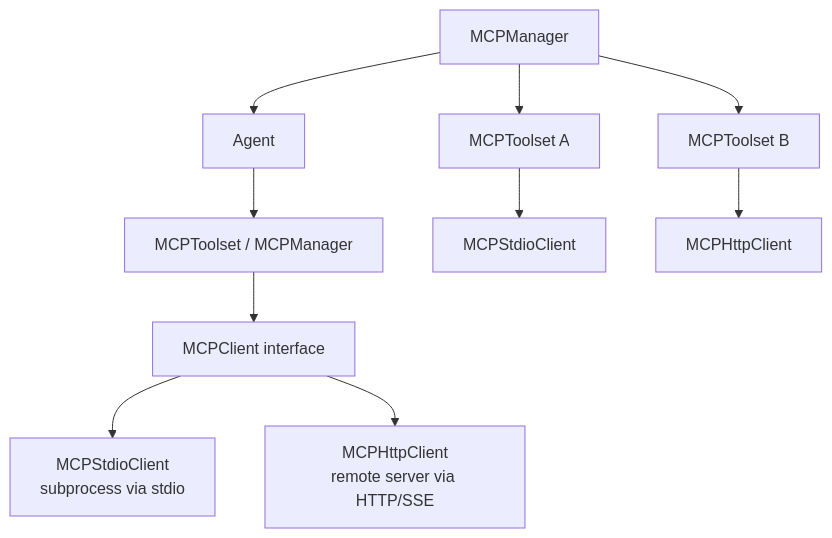
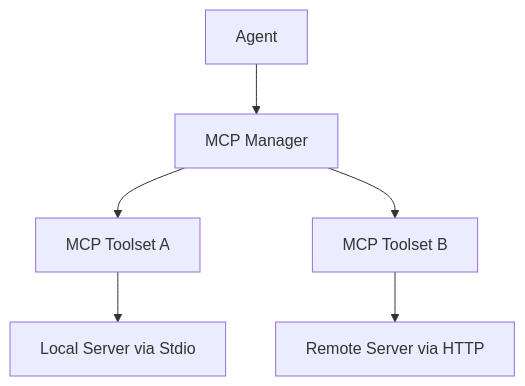
Before and after one commit to a7ul/vibes: the diagram in packages/framework/docs/integrations/mcp-client.mdx, drawn with Mermaid. The commit also changed 26 other files, not shown here.

````diff
--- a/packages/framework/docs/integrations/mcp-client.mdx
+++ b/packages/framework/docs/integrations/mcp-client.mdx
@@ -10,13 +10,8 @@
 ```mermaid
 flowchart TD
-    A[Agent] --> B[MCPToolset / MCPManager]
-    B --> C[MCPClient interface]
-    C --> D[MCPStdioClient\nsubprocess via stdio]
-    C --> E[MCPHttpClient\nremote server via HTTP/SSE]
-
-    F[MCPManager] --> G[MCPToolset A]
-    F --> H[MCPToolset B]
-    G --> I[MCPStdioClient]
-    H --> J[MCPHttpClient]
-    F --> A
+    A[Agent] --> B[MCP Manager]
+    B --> C[MCP Toolset A]
+    B --> D[MCP Toolset B]
+    C --> E[Local Server via Stdio]
+    D --> F[Remote Server via HTTP]
 ```
````
